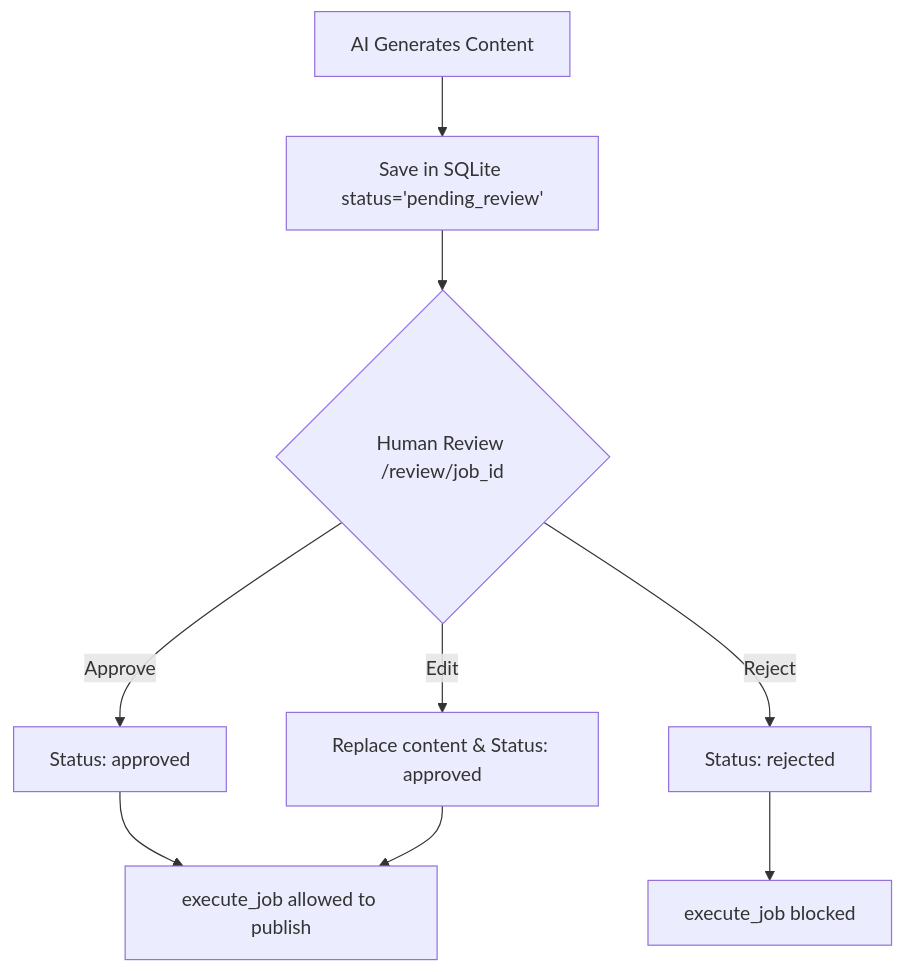
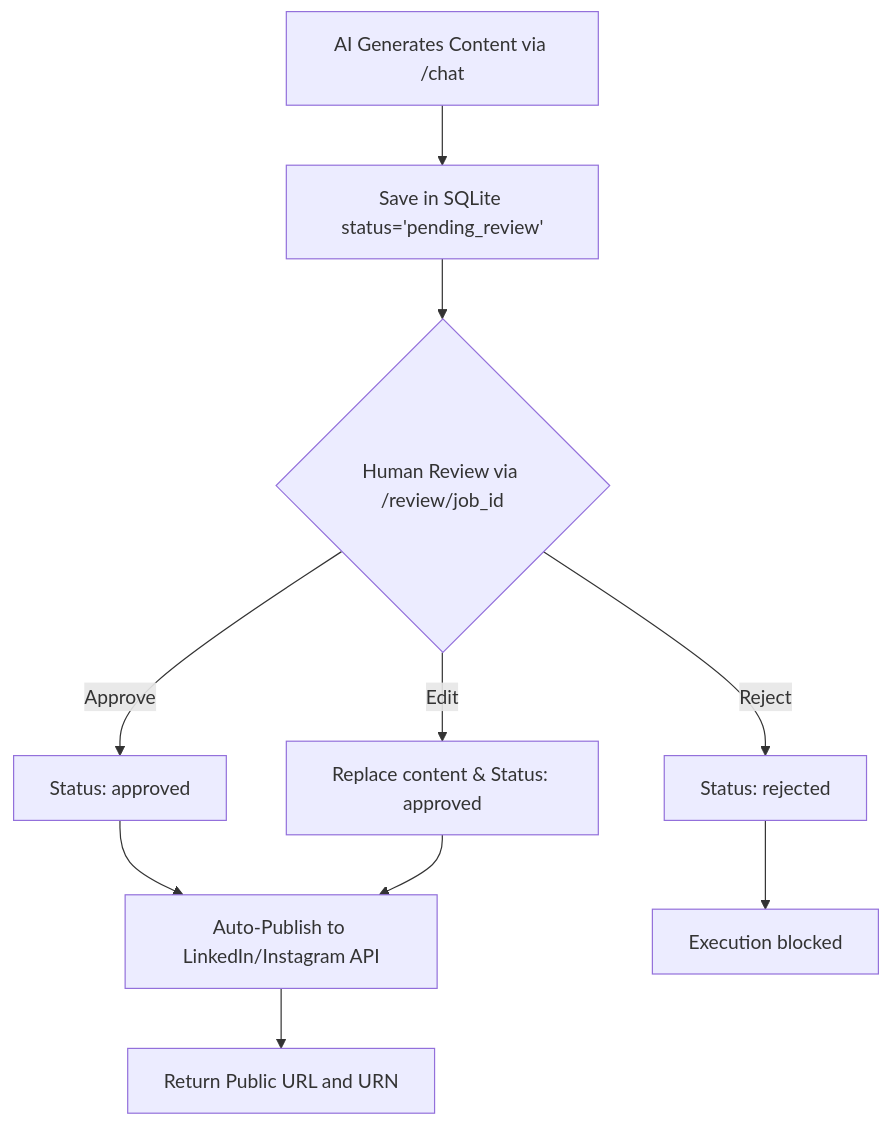
Before and after one commit to Hafiza-Amna/AI-Social-Media-Agent: the diagram in README.md, drawn with Mermaid. The commit also changed other lines of this file and 10 other files, not shown here.

````diff
--- a/README.md
+++ b/README.md
@@ -292,11 +124,12 @@
 ```mermaid
 graph TD
-    A[AI Generates Content] --> B[Save in SQLite status='pending_review']
-    B --> C{Human Review /review/job_id}
+    A[AI Generates Content via /chat] --> B[Save in SQLite status='pending_review']
+    B --> C{Human Review via /review/job_id}
     C -->|Approve| D[Status: approved]
     C -->|Reject| E[Status: rejected]
     C -->|Edit| F[Replace content & Status: approved]
-    D --> G[execute_job allowed to publish]
+    D --> G[Auto-Publish to LinkedIn/Instagram API]
     F --> G
-    E --> H[execute_job blocked]
+    G --> H[Return Public URL and URN]
+    E --> I[Execution blocked]
 ```
````
